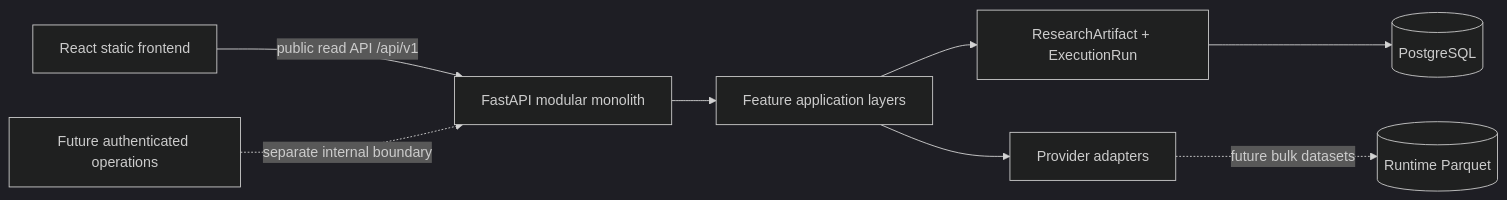
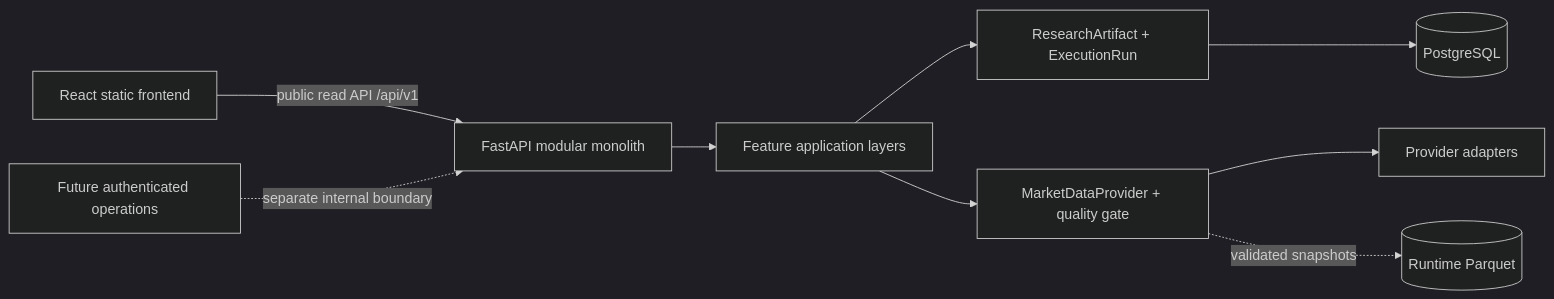
The diagram in docs/architecture.md (Y-jerryg/a-stock-lab), drawn with Mermaid (dark theme) before and after one commit. The commit also changed other lines of this file and 33 other files, not shown here.

Commit message:
MARKET DATA INFRASTRUCTURE

````diff
--- a/docs/architecture.md
+++ b/docs/architecture.md
@@ -9,10 +9,11 @@
 ```mermaid
 flowchart LR
   Browser["React static frontend"] -->|"public read API /api/v1"| API["FastAPI modular monolith"]
   API --> Features["Feature application layers"]
   Features --> Shared["ResearchArtifact + ExecutionRun"]
-  Features --> Adapters["Provider adapters"]
+  Features --> MarketData["MarketDataProvider + quality gate"]
+  MarketData --> Adapters["Provider adapters"]
   Shared --> Postgres[(PostgreSQL)]
-  Adapters -. "future bulk datasets" .-> Parquet[(Runtime Parquet)]
+  MarketData -. "validated snapshots" .-> Parquet[(Runtime Parquet)]
   Internal["Future authenticated operations"] -.->|"separate internal boundary"| API
 ```
````
